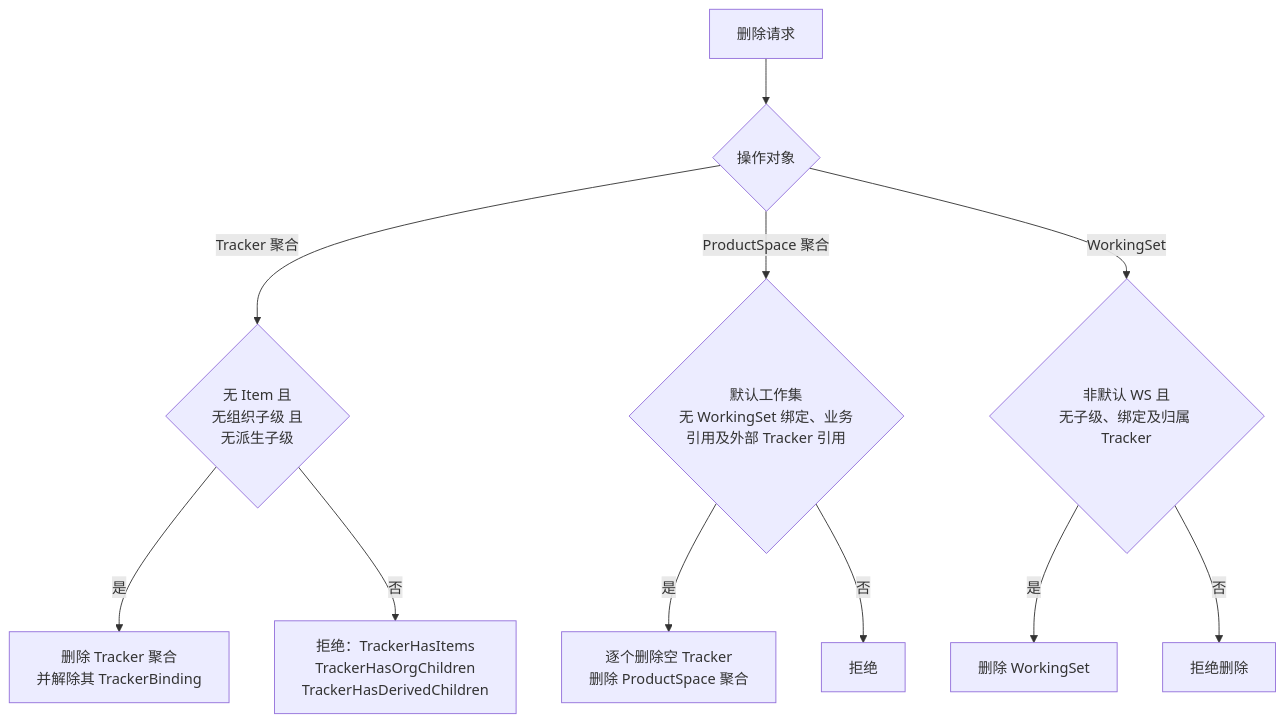
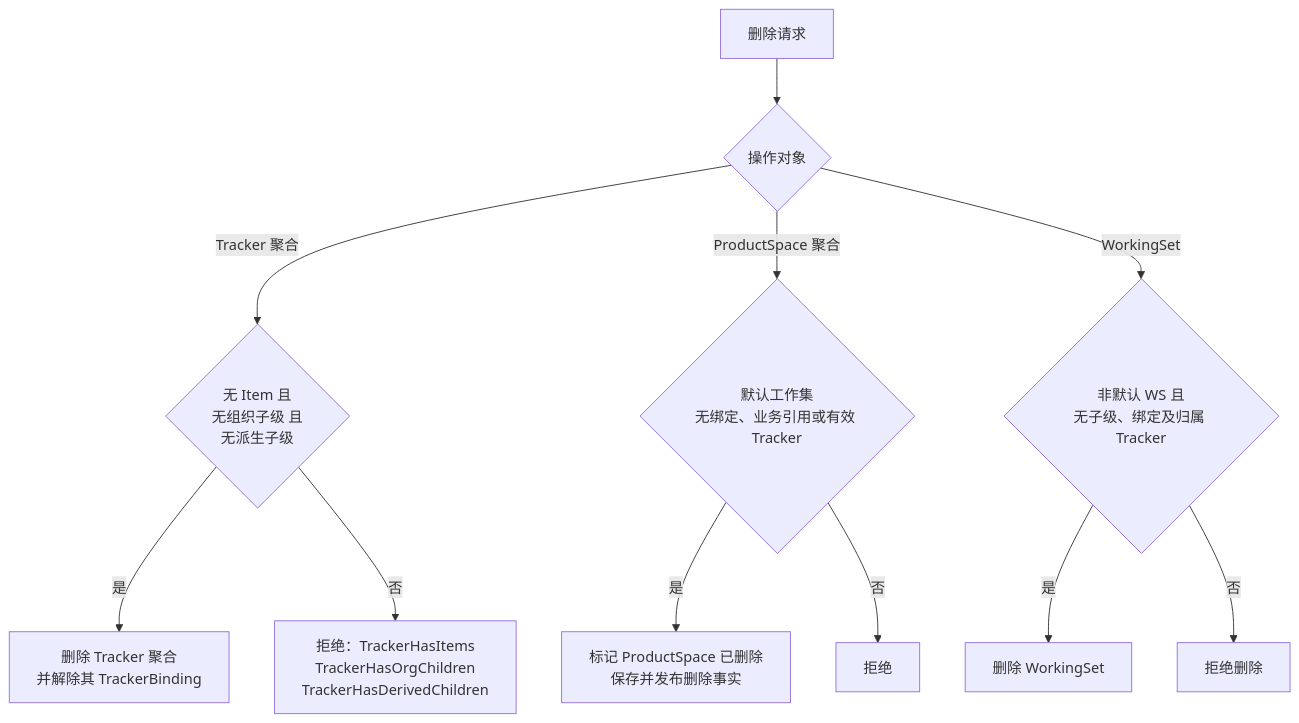
One commit to Greytrack/ddd-workingset changed the first of 4 diagrams in docs/working-set/10-diagrams/binding-lifecycle.md. Above: the diagram before and after it, drawn with Mermaid. The commit also changed other lines of this file and 69 other files, not shown here.

First line of the commit message:
feat(工作集) Tracker 软删与 ProductSpace 删除只写自身聚合

````diff
--- a/docs/working-set/10-diagrams/binding-lifecycle.md
+++ b/docs/working-set/10-diagrams/binding-lifecycle.md
@@ -20,16 +20,16 @@
 ```mermaid
 flowchart TD
     A["删除请求"] --> B{"操作对象"}
 
     B -->|"Tracker 聚合"| G{"无 Item 且<br/>无组织子级 且<br/>无派生子级"}
     G -->|"是"| G1["删除 Tracker 聚合<br/>并解除其 TrackerBinding"]
     G -->|"否"| G2["拒绝：TrackerHasItems<br/>TrackerHasOrgChildren<br/>TrackerHasDerivedChildren"]
 
-    B -->|"ProductSpace 聚合"| D{"默认工作集<br/>无 WorkingSet 绑定、业务引用及外部 Tracker 引用"}
-    D -->|"是"| D1["逐个删除空 Tracker<br/>删除 ProductSpace 聚合"]
+    B -->|"ProductSpace 聚合"| D{"默认工作集<br/>无绑定、业务引用或有效 Tracker"}
+    D -->|"是"| D1["标记 ProductSpace 已删除<br/>保存并发布删除事实"]
     D -->|"否"| D2["拒绝"]
 
     B -->|"WorkingSet"| E{"非默认 WS 且<br/>无子级、绑定及归属 Tracker"}
     E -->|"是"| E1["删除 WorkingSet"]
     E -->|"否"| E2["拒绝删除"]
 ```
````
